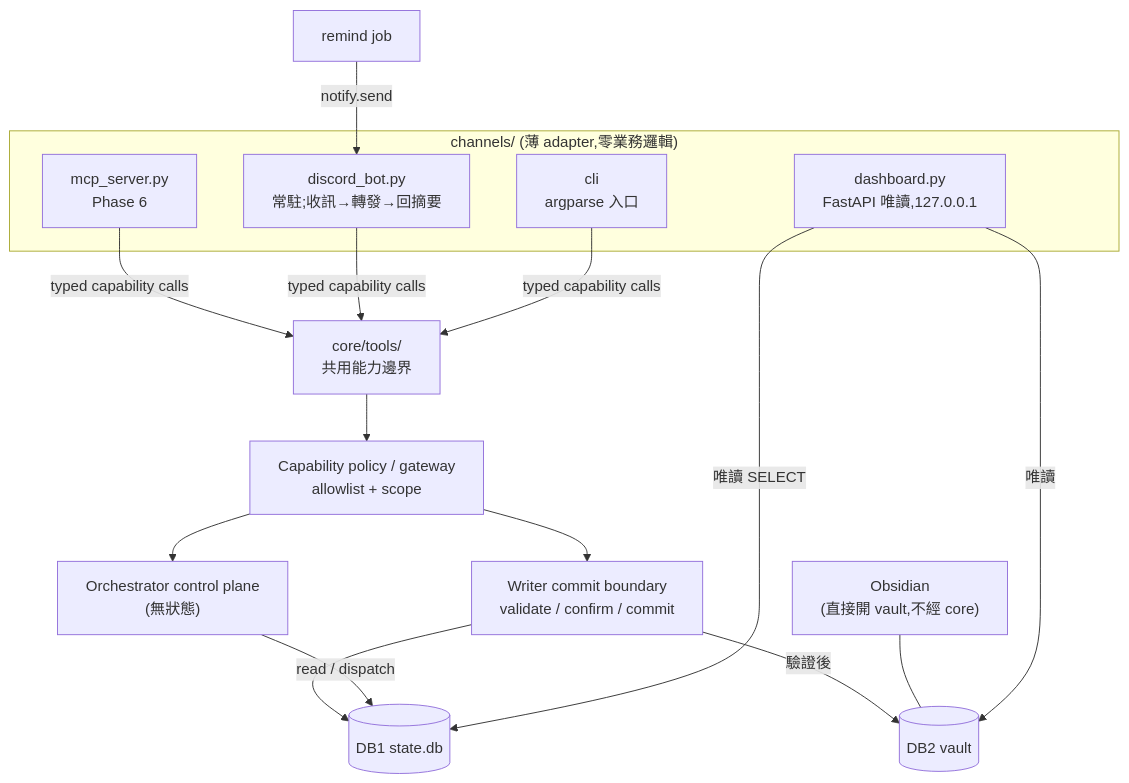
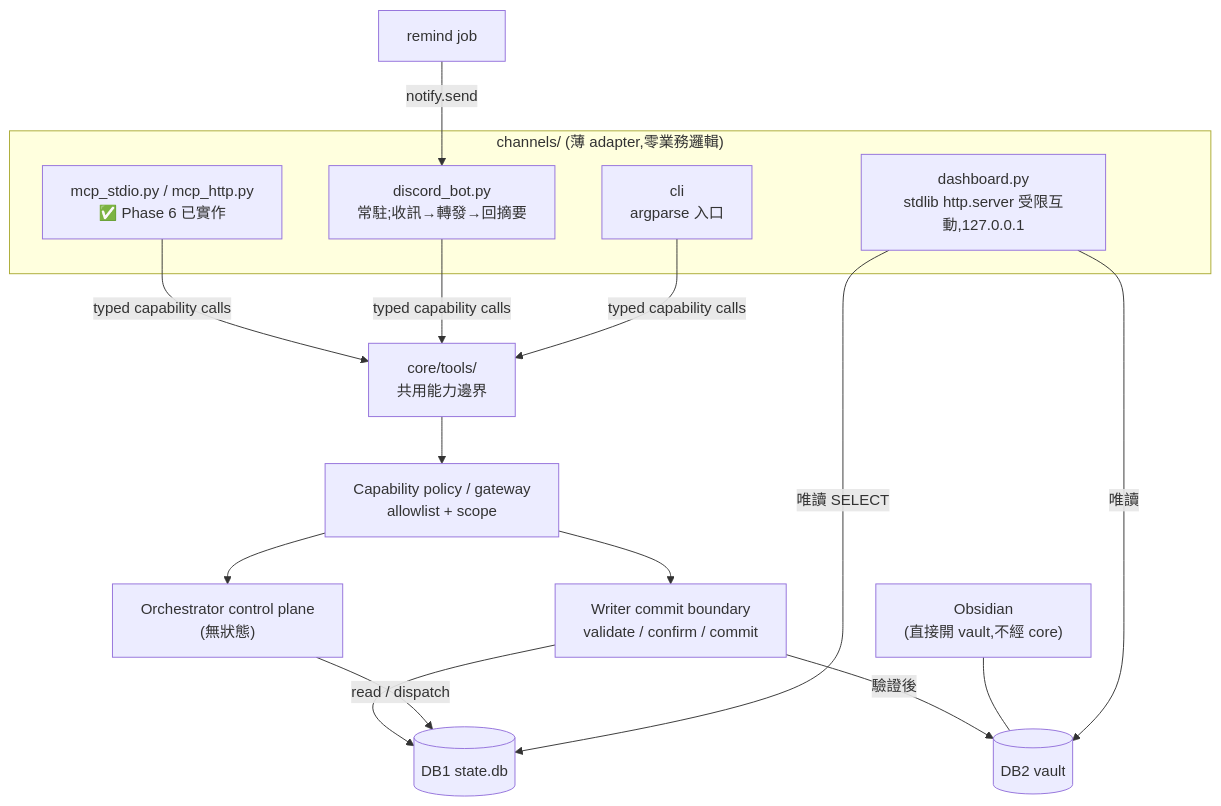
The first of 2 diagrams in INTERFACES.md (Deo940712/personal-agent-Metatron), drawn with Mermaid before and after one commit. The commit also changed other lines of this file and 2 other files, not shown here.

````diff
--- a/INTERFACES.md
+++ b/INTERFACES.md
@@ -25,22 +27,22 @@
 ```mermaid
 flowchart TD
     subgraph CHANNELS["channels/ (薄 adapter,零業務邏輯)"]
         CLI["cli<br/>argparse 入口"]
         DC["discord_bot.py<br/>常駐;收訊→轉發→回摘要"]
-        WEB["dashboard.py<br/>FastAPI 唯讀,127.0.0.1"]
-        MCP["mcp_server.py<br/>Phase 6"]
+        WEB["dashboard.py<br/>stdlib http.server 受限互動,127.0.0.1"]
+        MCP["mcp_stdio.py / mcp_http.py<br/>✅ Phase 6 已實作"]
     end
     OBS["Obsidian<br/>(直接開 vault,不經 core)"]
 
     CLI & DC & MCP -->|"typed capability calls"| T["core/tools/<br/>共用能力邊界"]
     T --> G["Capability policy / gateway<br/>allowlist + scope"]
     G --> O["Orchestrator control plane<br/>(無狀態)"]
     G --> W["Writer commit boundary<br/>validate / confirm / commit"]
     WEB -->|唯讀 SELECT| DB1[(DB1 state.db)]
     WEB -->|唯讀| VAULT[(DB2 vault)]
     OBS --- VAULT
     O -->|read / dispatch| DB1
     W --> DB1
     W -->|驗證後| VAULT
     RJ["remind job"] -->|notify.send| DC
 ```
````
